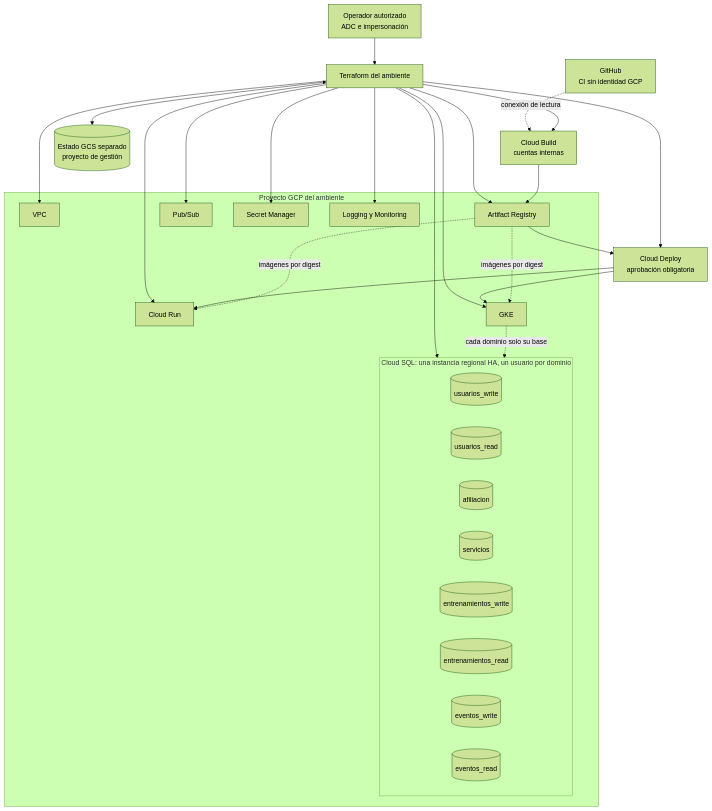
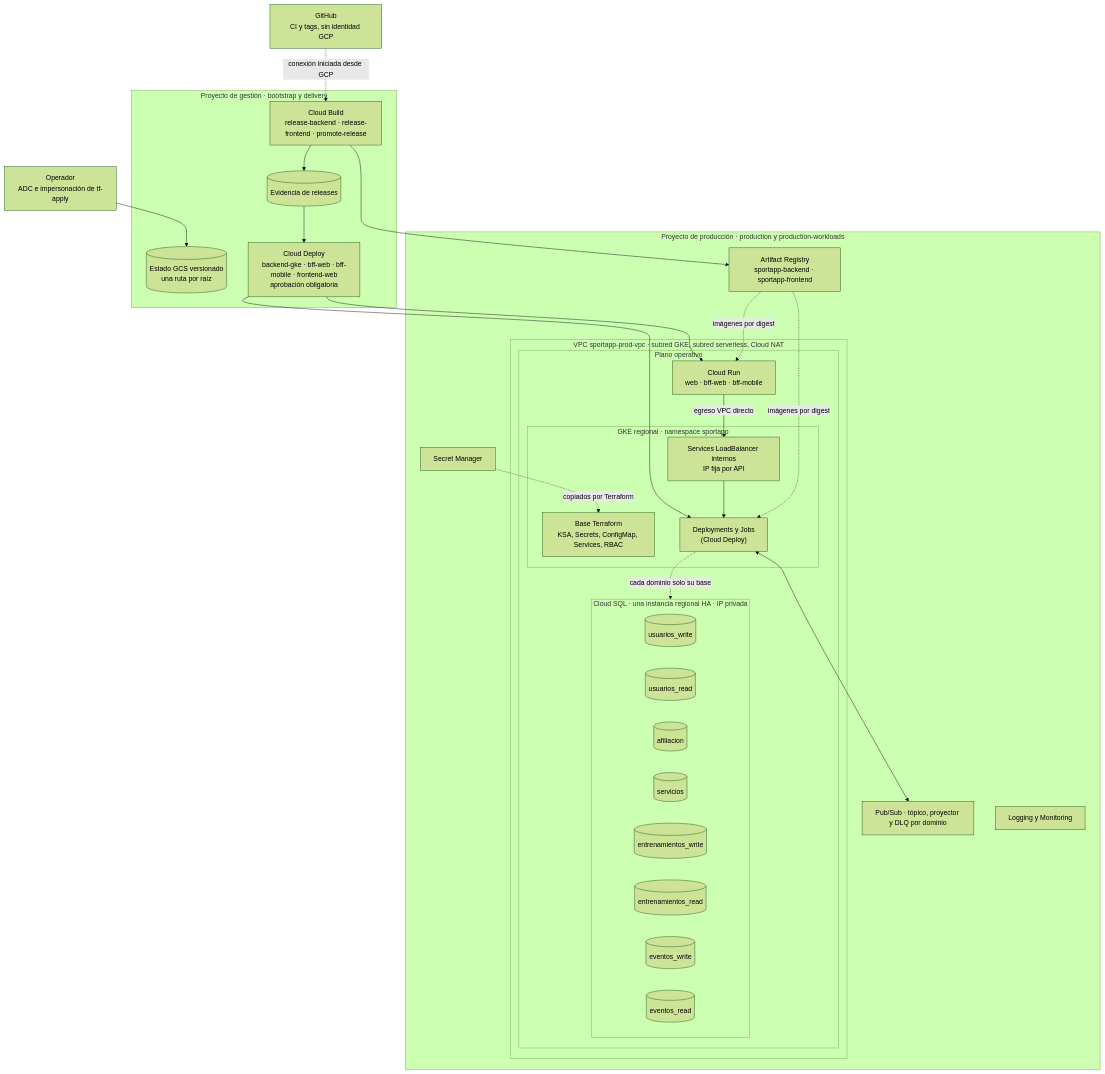
One commit to lfnavarroj1/sport-app-platform changed the third of 4 diagrams in docs/arquitectura-terraform.md. Above: the diagram before and after it, drawn with Mermaid (forest theme). The commit also changed other lines of this file, not shown here.

Commit message:
docs(platform): vista de GCP como quedó aplicada
Dos proyectos, raíces y lo que administra cada una, plano operativo de
down/up y estado del primer despliegue.

````diff
--- a/docs/arquitectura-terraform.md
+++ b/docs/arquitectura-terraform.md
@@ -156,50 +158,53 @@
 ```mermaid
 flowchart TB
-    GH[GitHub<br/>CI sin identidad GCP]
-    OP[Operador autorizado<br/>ADC e impersonación]
-    CB[Cloud Build<br/>cuentas internas]
-    CD[Cloud Deploy<br/>aprobación obligatoria]
-    TF[Terraform del ambiente]
-    STATE[(Estado GCS separado<br/>proyecto de gestión)]
+    GH["GitHub<br/>CI y tags, sin identidad GCP"]
+    OP["Operador<br/>ADC e impersonación de tf-apply"]
 
-    subgraph GCP[Proyecto GCP del ambiente]
-      NET[VPC]
-      AR[Artifact Registry]
-      RUN[Cloud Run]
-      GKE[GKE]
-      subgraph SQL[Cloud SQL: una instancia regional HA, un usuario por dominio]
-        uw[(usuarios_write)]
-        ur[(usuarios_read)]
-        af[(afiliacion)]
-        sv[(servicios)]
-        tw[(entrenamientos_write)]
-        tr[(entrenamientos_read)]
-        ew[(eventos_write)]
-        er[(eventos_read)]
-      end
-      PS[Pub/Sub]
-      SM[Secret Manager]
-      OBS[Logging y Monitoring]
+    subgraph MGMT["Proyecto de gestión · bootstrap y delivery"]
+      STATE[("Estado GCS versionado<br/>una ruta por raíz")]
+      CB["Cloud Build<br/>release-backend · release-frontend · promote-release"]
+      EVI[("Evidencia de releases")]
+      CD["Cloud Deploy<br/>backend-gke · bff-web · bff-mobile · frontend-web<br/>aprobación obligatoria"]
     end
 
-    GH -. conexión de lectura .-> CB
-    OP --> TF
-    TF <--> STATE
-    TF --> NET
-    TF --> AR
-    TF --> CB
-    TF --> CD
-    TF --> RUN
-    TF --> GKE
-    TF --> SQL
-    TF --> PS
-    TF --> SM
-    TF --> OBS
+    subgraph PROD["Proyecto de producción · production y production-workloads"]
+      AR["Artifact Registry<br/>sportapp-backend · sportapp-frontend"]
+      SM[Secret Manager]
+      PS["Pub/Sub · tópico, proyector y DLQ por dominio"]
+      OBS[Logging y Monitoring]
+      subgraph NET["VPC sportapp-prod-vpc · subred GKE, subred serverless, Cloud NAT"]
+        subgraph OPER["Plano operativo"]
+          RUN["Cloud Run<br/>web · bff-web · bff-mobile"]
+          subgraph GKE["GKE regional · namespace sportapp"]
+            BASE["Base Terraform<br/>KSA, Secrets, ConfigMap, Services, RBAC"]
+            ILB["Services LoadBalancer internos<br/>IP fija por API"]
+            CARGAS["Deployments y Jobs<br/>(Cloud Deploy)"]
+          end
+          subgraph SQL["Cloud SQL · una instancia regional HA · IP privada"]
+            uw[(usuarios_write)]
+            ur[(usuarios_read)]
+            af[(afiliacion)]
+            sv[(servicios)]
+            tw[(entrenamientos_write)]
+            tr[(entrenamientos_read)]
+            ew[(eventos_write)]
+            er[(eventos_read)]
+          end
+        end
+      end
+    end
+
+    GH -. conexión iniciada desde GCP .-> CB
+    OP --> STATE
     CB --> AR
-    AR --> CD
+    CB --> EVI
+    EVI --> CD
+    CD --> CARGAS
     CD --> RUN
-    CD --> GKE
+    RUN -- egreso VPC directo --> ILB --> CARGAS
+    CARGAS -. cada dominio solo su base .-> SQL
+    CARGAS <--> PS
+    SM -. copiados por Terraform .-> BASE
+    AR -. imágenes por digest .-> CARGAS
     AR -. imágenes por digest .-> RUN
-    AR -. imágenes por digest .-> GKE
-    GKE -. cada dominio solo su base .-> SQL
 ```
````
